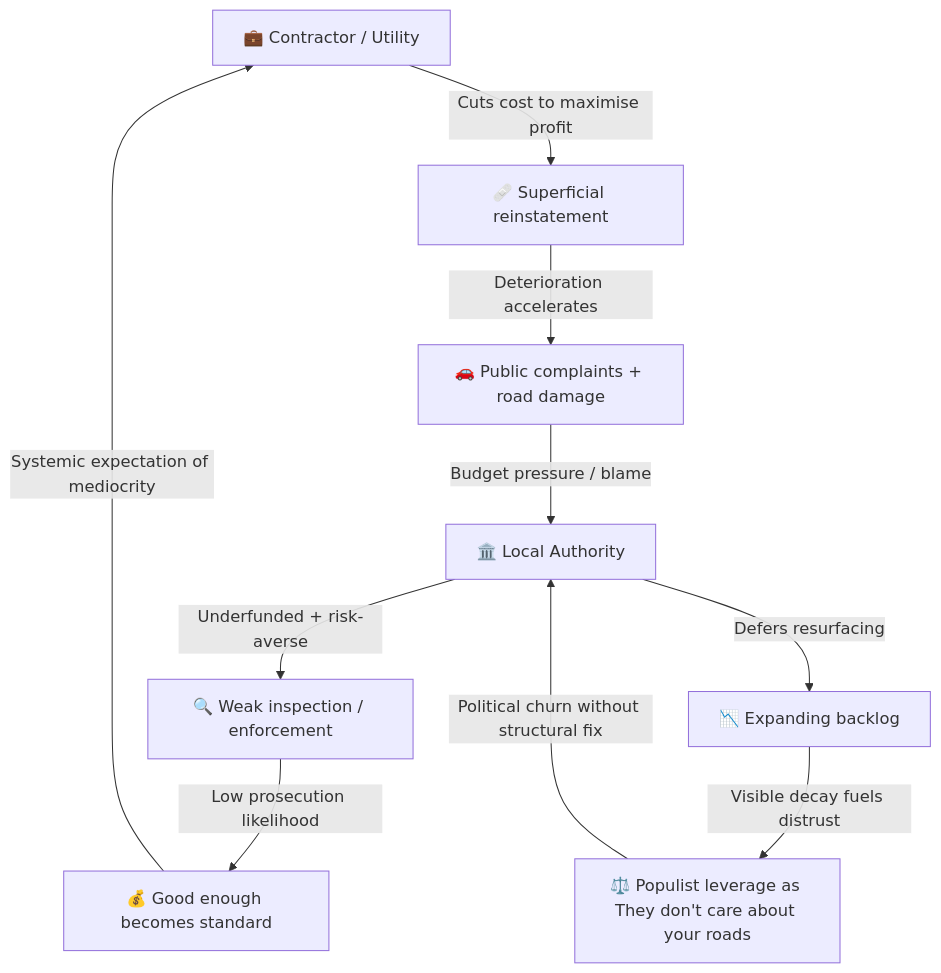
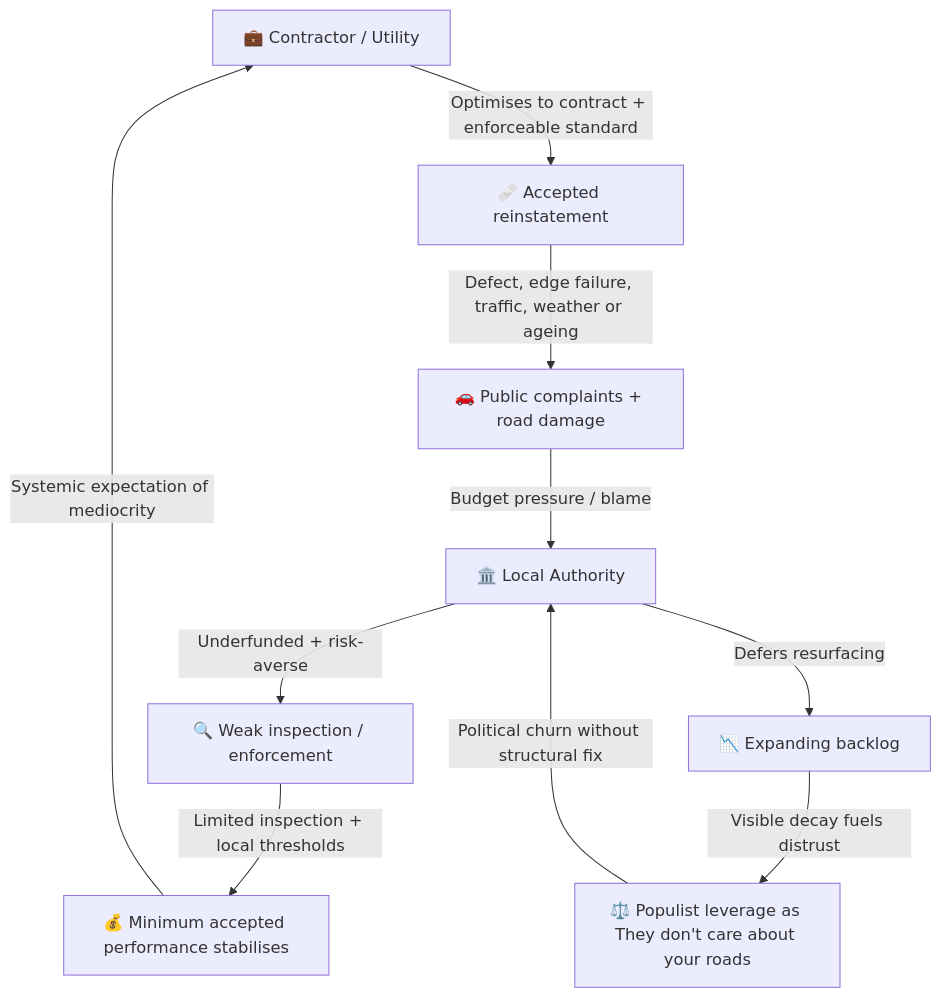
Before and after one commit to josefsbreakfast/Polaris-Protocol: the first of 2 diagrams in 🌑_1_Origin_Points/🪿_Embodied_Information_Ecology/♻️_Cybernetics/👑_Ownership_Control/🕳️_the_pothole_problem.md, drawn with Mermaid. The commit also changed other lines of this file, not shown here.

````diff
--- a/🌑_1_Origin_Points/🪿_Embodied_Information_Ecology/♻️_Cybernetics/👑_Ownership_Control/🕳️_the_pothole_problem.md
+++ b/🌑_1_Origin_Points/🪿_Embodied_Information_Ecology/♻️_Cybernetics/👑_Ownership_Control/🕳️_the_pothole_problem.md
@@ -58,12 +61,12 @@
 ```mermaid
 flowchart TD
-  A[💼 Contractor / Utility] -->|Cuts cost to maximise profit| B[🩹 Superficial reinstatement]
-  B -->|Deterioration accelerates| C[🚗 Public complaints + road damage]
+  A[💼 Contractor / Utility] -->|Optimises to contract + enforceable standard| B[🩹 Accepted reinstatement]
+  B -->|Defect, edge failure, traffic, weather or ageing| C[🚗 Public complaints + road damage]
   C -->|Budget pressure / blame| D[🏛️ Local Authority]
   D -->|Underfunded + risk-averse| E[🔍 Weak inspection / enforcement]
-  E -->|Low prosecution likelihood| F[💰 Good enough becomes standard]
+  E -->|Limited inspection + local thresholds| F[💰 Minimum accepted performance stabilises]
   F -->|Systemic expectation of mediocrity| A
   D -->|Defers resurfacing| G[📉 Expanding backlog]
   G -->|Visible decay fuels distrust| H[⚖️ Populist leverage as They don't care about your roads]
   H -->|Political churn without structural fix| D
 ```
````
